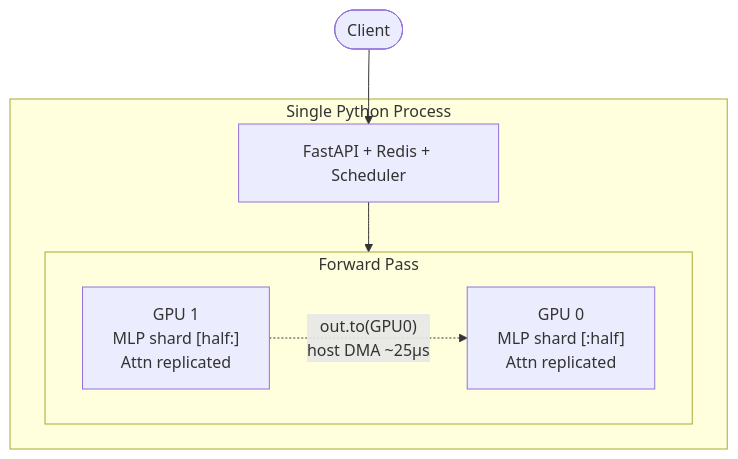
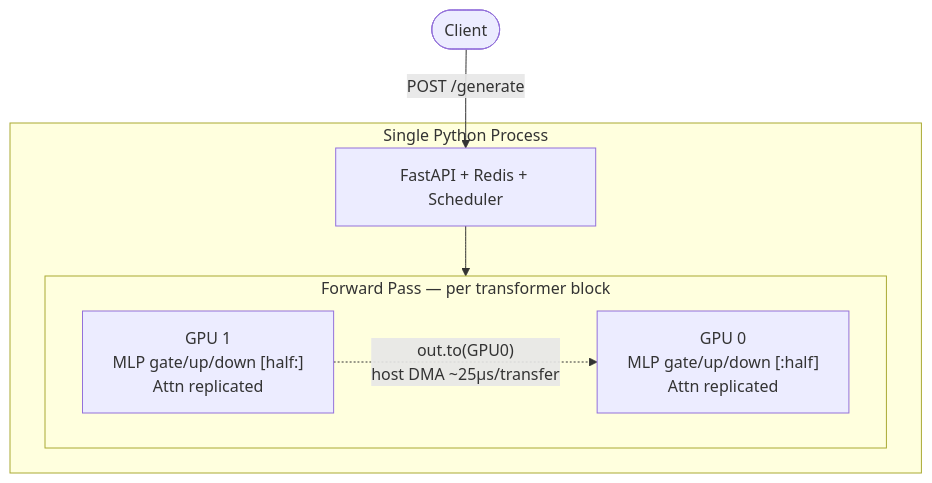
Before and after one commit to sahilnale/distributed-llm-inference-server: the first of 3 diagrams in README.md, drawn with Mermaid. The commit also changed other lines of this file, not shown here.

````diff
--- a/README.md
+++ b/README.md
@@ -33,16 +54,16 @@
 ```mermaid
 flowchart TD
     Client(["Client"])
 
     subgraph SingleProcess["Single Python Process"]
         API["FastAPI + Redis + Scheduler"]
-        subgraph Forward["Forward Pass"]
+        subgraph Forward["Forward Pass — per transformer block"]
             direction LR
-            GPU0["GPU 0\nMLP shard [:half]\nAttn replicated"]
-            GPU1["GPU 1\nMLP shard [half:]\nAttn replicated"]
-            GPU1 -. "out.to(GPU0)\nhost DMA ~25µs" .-> GPU0
+            GPU0["GPU 0\nMLP gate/up/down [:half]\nAttn replicated"]
+            GPU1["GPU 1\nMLP gate/up/down [half:]\nAttn replicated"]
+            GPU1 -. "out.to(GPU0)\nhost DMA ~25µs/transfer" .-> GPU0
         end
     end
 
-    Client --> API --> Forward
+    Client -->|POST /generate| API --> Forward
 ```
````
